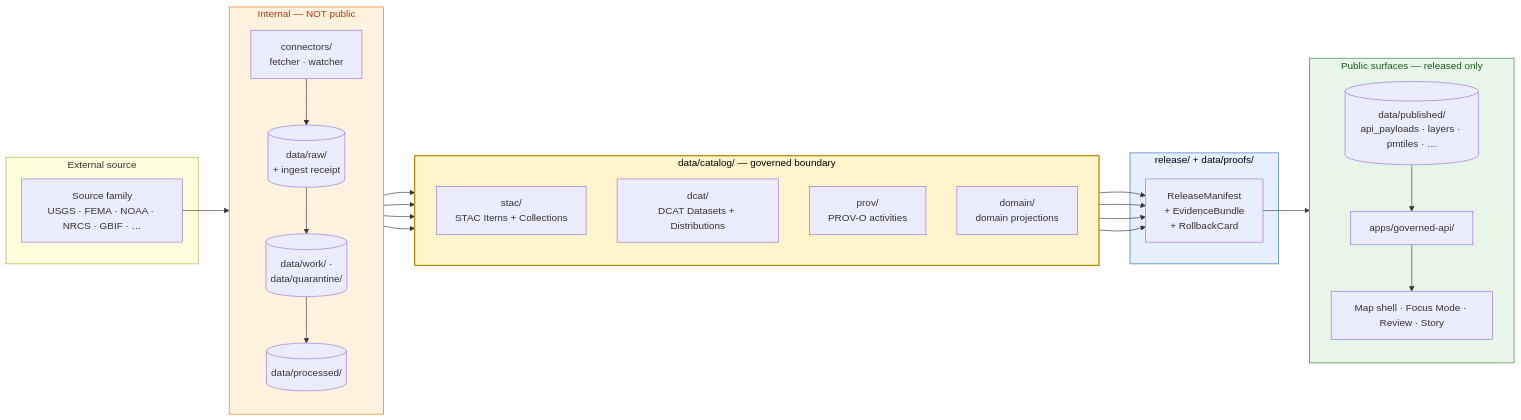
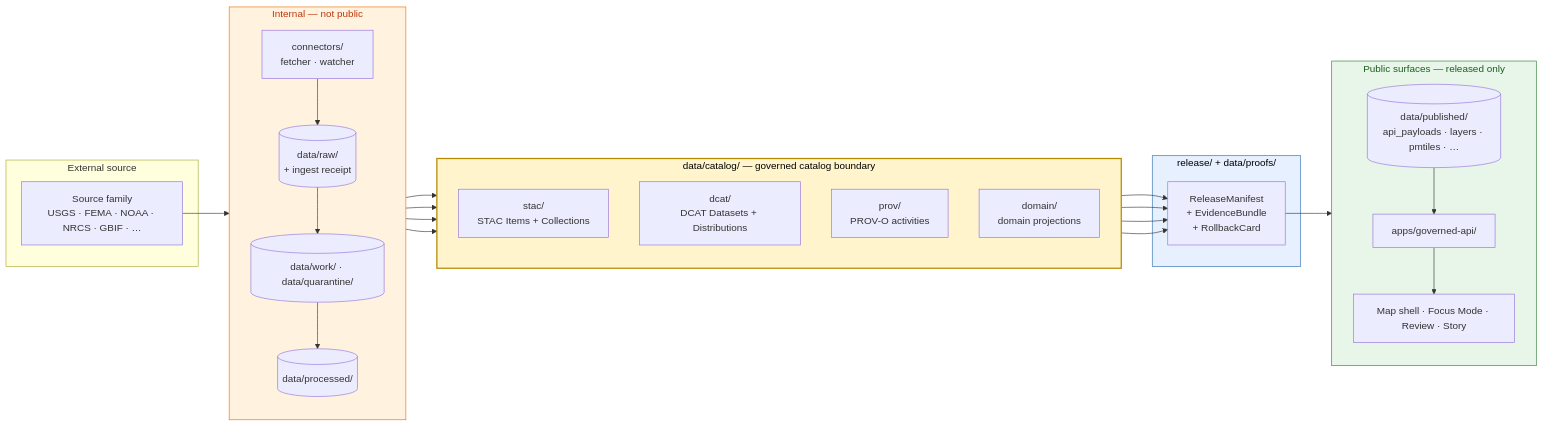
Before and after one commit to bartytime4life/Kansas-Frontier-Matrix: the diagram in docs/sources/catalog/README.md, drawn with Mermaid. The commit also changed other lines of this file, not shown here.

````diff
--- a/docs/sources/catalog/README.md
+++ b/docs/sources/catalog/README.md
@@ -292,53 +309,53 @@
 ```mermaid
 flowchart LR
   subgraph EXT[External source]
     SRC[Source family<br/>USGS · FEMA · NOAA · NRCS · GBIF · …]
   end
 
-  subgraph INT[Internal — NOT public]
+  subgraph INT[Internal — not public]
     direction TB
     CONN[connectors/<br/>fetcher · watcher]
     RAW[(data/raw/<br/>+ ingest receipt)]
-    WORK[(data/work/ ·<br/>data/quarantine/)]
+    WORK[(data/work/ · data/quarantine/)]
     PROC[(data/processed/)]
   end
 
-  subgraph CAT[data/catalog/ — governed boundary]
+  subgraph CAT[data/catalog/ — governed catalog boundary]
     direction TB
     STAC[stac/<br/>STAC Items + Collections]
     DCAT[dcat/<br/>DCAT Datasets + Distributions]
     PROV[prov/<br/>PROV-O activities]
     DOM[domain/<br/>domain projections]
   end
 
   subgraph REL[release/ + data/proofs/]
     REL_MAN[ReleaseManifest<br/>+ EvidenceBundle<br/>+ RollbackCard]
   end
 
   subgraph PUB[Public surfaces — released only]
     direction TB
     PUB_ART[(data/published/<br/>api_payloads · layers · pmtiles · …)]
     API[apps/governed-api/]
     UI[Map shell · Focus Mode · Review · Story]
   end
 
   SRC --> CONN --> RAW --> WORK --> PROC
   PROC --> STAC
   PROC --> DCAT
   PROC --> PROV
   PROC --> DOM
   STAC --> REL_MAN
   DCAT --> REL_MAN
   PROV --> REL_MAN
   DOM --> REL_MAN
   REL_MAN --> PUB_ART --> API --> UI
 
   classDef docsHere fill:#fff4cc,stroke:#b58a00,stroke-width:2px,color:#000;
   classDef internal fill:#fff3e0,stroke:#ef6c00,color:#bf360c;
   classDef public fill:#e8f5e9,stroke:#2e7d32,color:#1b5e20;
   classDef invariant fill:#e6f0ff,stroke:#2b6cb0,color:#000;
   class CAT docsHere;
   class INT internal;
   class PUB public;
   class REL invariant;
 ```
````
